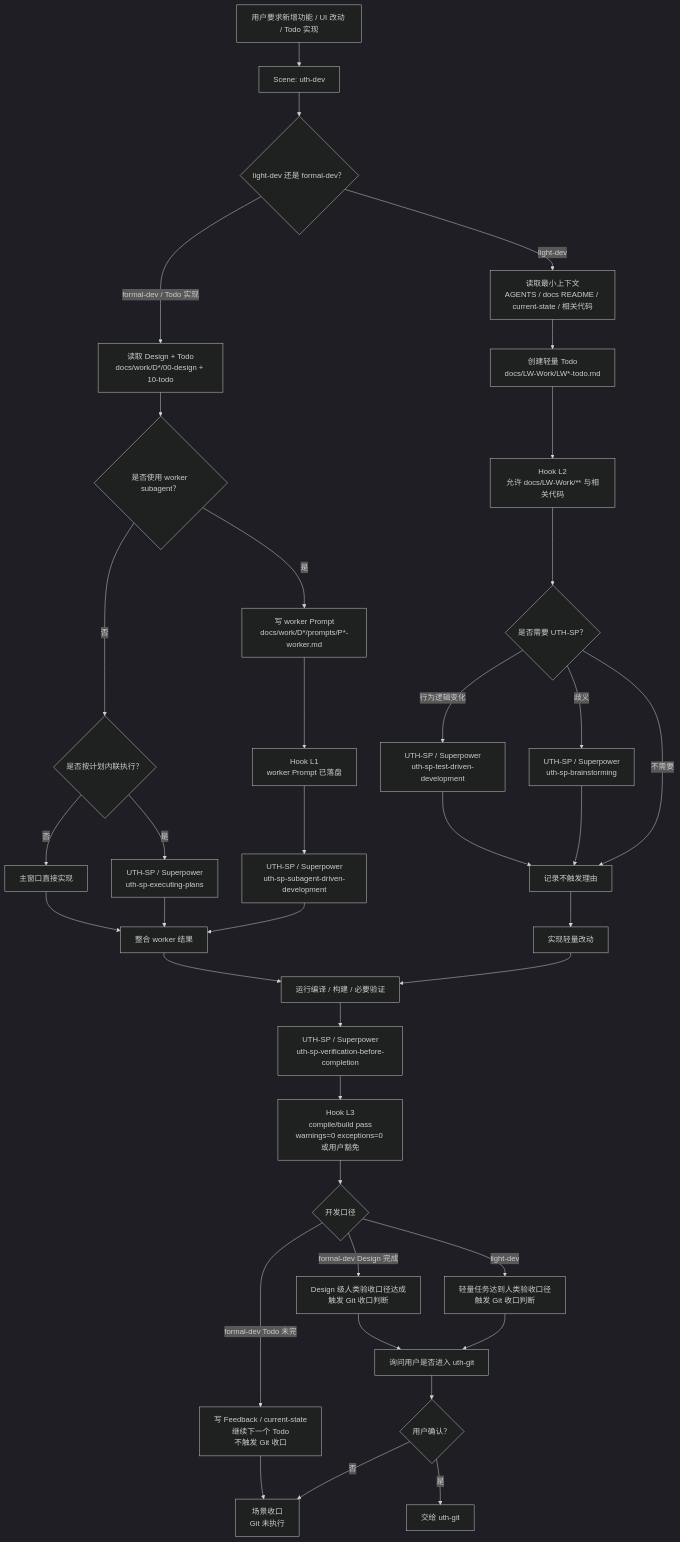
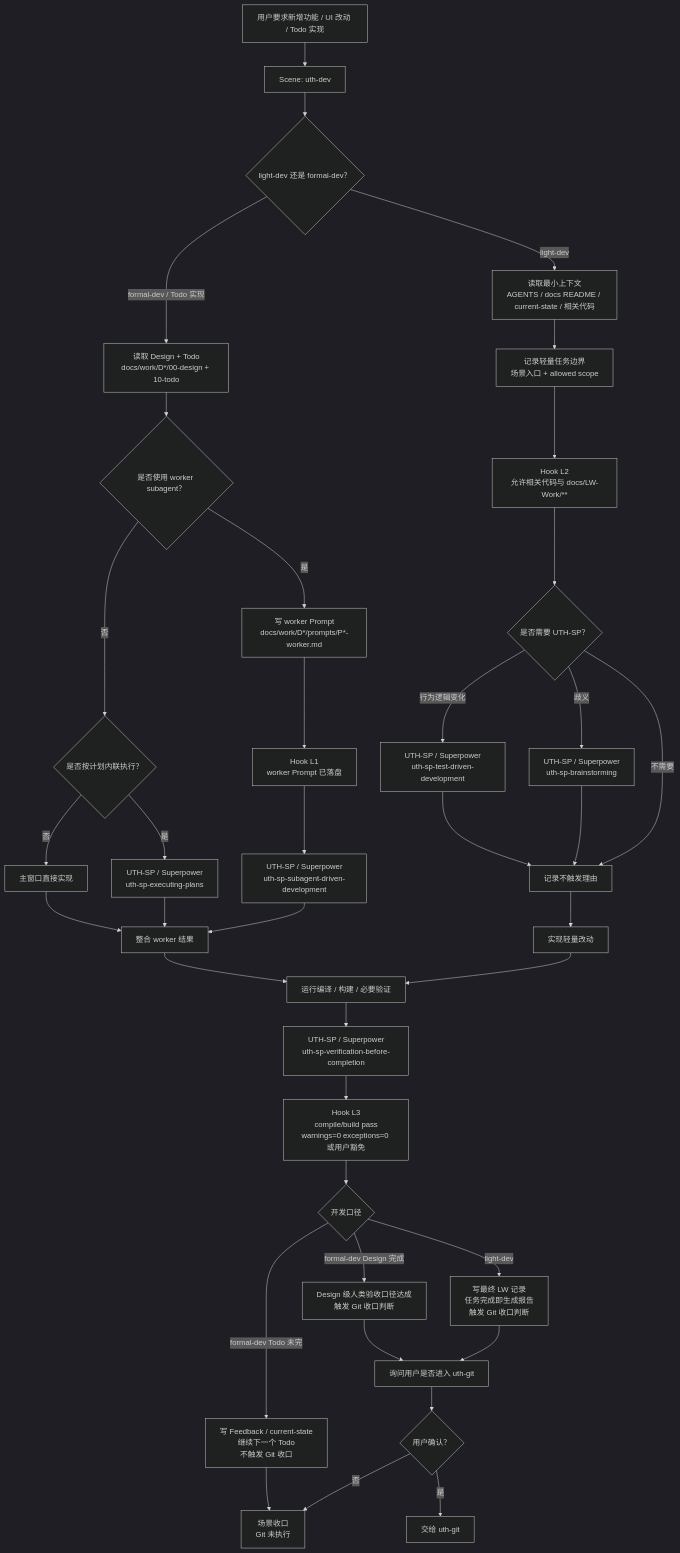
The sixth of 13 diagrams in docs/FLOW_全链路流程图.md (undertaker33/uth-governance), drawn with Mermaid (dark theme) before and after one commit. The commit also changed other lines of this file and 65 other files, not shown here.

Commit message:
chore: refine uth governance flow and hooks

````diff
--- a/docs/FLOW_全链路流程图.md
+++ b/docs/FLOW_全链路流程图.md
@@ -147,43 +147,43 @@
 ```mermaid
 flowchart TD
     A["用户要求新增功能 / UI 改动 / Todo 实现"] --> B["Scene: uth-dev"]
     B --> C{"light-dev 还是 formal-dev？"}
 
     C -- "light-dev" --> D["读取最小上下文<br/>AGENTS / docs README / current-state / 相关代码"]
-    D --> E["创建轻量 Todo<br/>docs/LW-Work/LW*-todo.md"]
-    E --> F["Hook L2<br/>允许 docs/LW-Work/** 与相关代码"]
+    D --> E["记录轻量任务边界<br/>场景入口 + allowed scope"]
+    E --> F["Hook L2<br/>允许相关代码与 docs/LW-Work/**"]
     F --> G{"是否需要 UTH-SP？"}
     G -- "歧义" --> H["UTH-SP / Superpower<br/>uth-sp-brainstorming"]
     G -- "行为逻辑变化" --> I["UTH-SP / Superpower<br/>uth-sp-test-driven-development"]
     G -- "不需要" --> J["记录不触发理由"]
     H --> J
     I --> J
     J --> K["实现轻量改动"]
 
     C -- "formal-dev / Todo 实现" --> L["读取 Design + Todo<br/>docs/work/D*/00-design + 10-todo"]
     L --> M{"是否使用 worker subagent？"}
     M -- "是" --> N["写 worker Prompt<br/>docs/work/D*/prompts/P*-worker.md"]
     N --> O["Hook L1<br/>worker Prompt 已落盘"]
     O --> P["UTH-SP / Superpower<br/>uth-sp-subagent-driven-development"]
     M -- "否" --> Q{"是否按计划内联执行？"}
     Q -- "是" --> R["UTH-SP / Superpower<br/>uth-sp-executing-plans"]
     Q -- "否" --> S["主窗口直接实现"]
     P --> T["整合 worker 结果"]
     R --> T
     S --> T
 
     K --> U["运行编译 / 构建 / 必要验证"]
     T --> U
     U --> V["UTH-SP / Superpower<br/>uth-sp-verification-before-completion"]
     V --> W["Hook L3<br/>compile/build pass<br/>warnings=0 exceptions=0 或用户豁免"]
     W --> X{"开发口径"}
-    X -- "light-dev" --> Y["轻量任务达到人类验收口径<br/>触发 Git 收口判断"]
+    X -- "light-dev" --> Y["写最终 LW 记录<br/>任务完成即生成报告<br/>触发 Git 收口判断"]
     X -- "formal-dev Todo 未完" --> Z["写 Feedback / current-state<br/>继续下一个 Todo<br/>不触发 Git 收口"]
     X -- "formal-dev Design 完成" --> AA["Design 级人类验收口径达成<br/>触发 Git 收口判断"]
     Y --> AB["询问用户是否进入 uth-git"]
     AA --> AB
     AB --> AC{"用户确认？"}
     AC -- "否" --> AD["场景收口<br/>Git 未执行"]
     AC -- "是" --> AE["交给 uth-git"]
     Z --> AD
 ```
````
